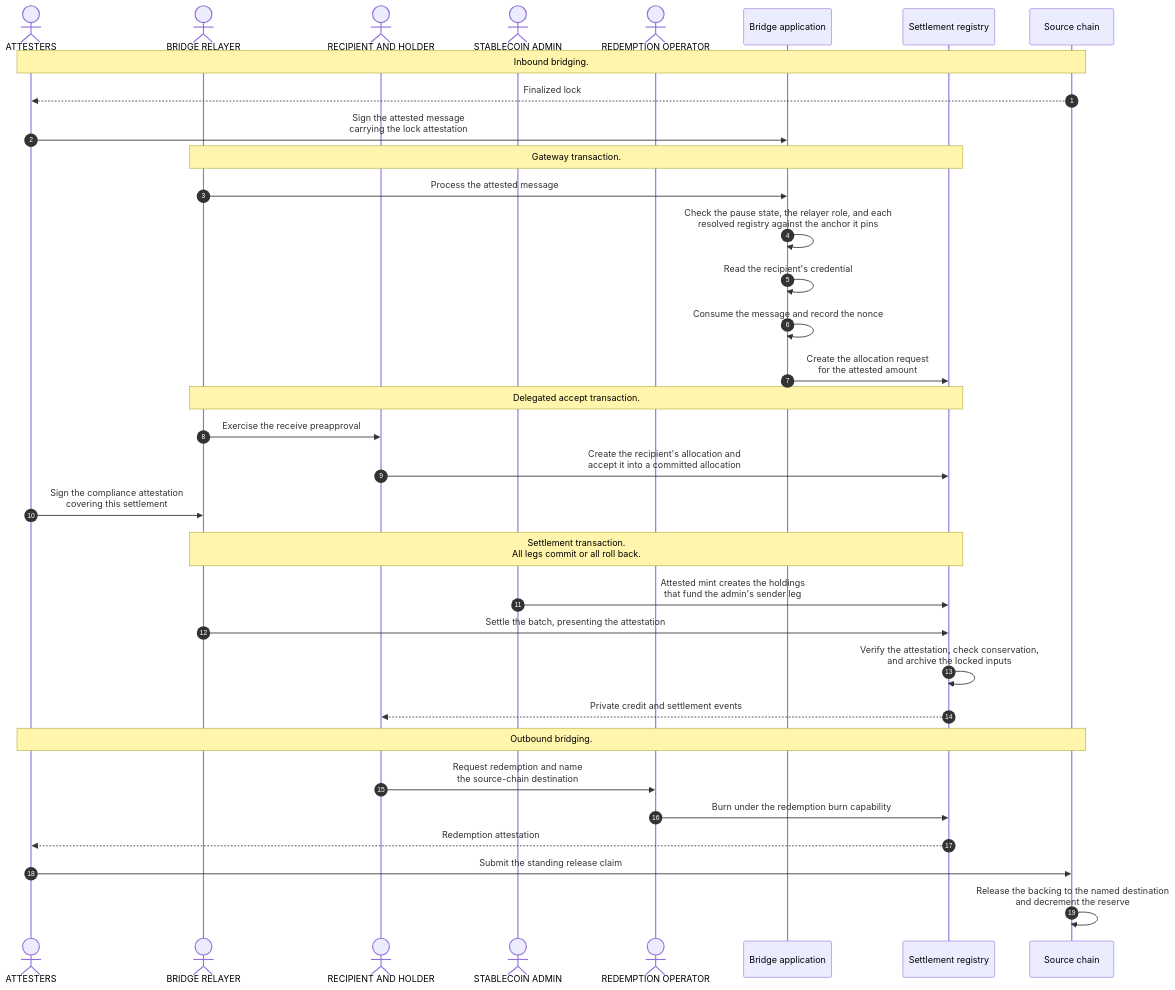
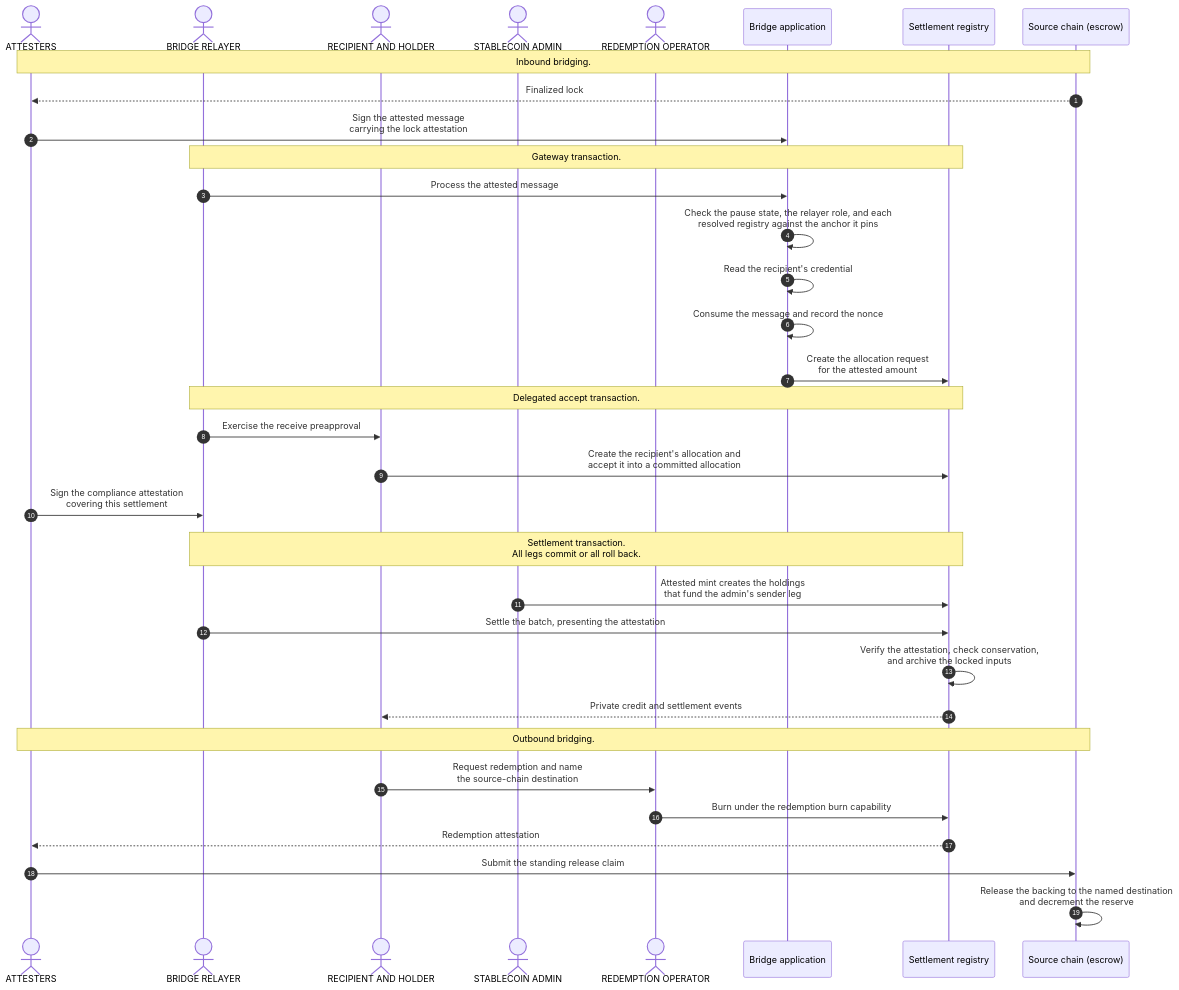
Before and after one commit to OpenZeppelin/canton-specs: the diagram in docs/reference-architectures/cross-chain-stablecoin.md, drawn with Mermaid. The commit also changed other lines of this file, not shown here.

````diff
--- a/docs/reference-architectures/cross-chain-stablecoin.md
+++ b/docs/reference-architectures/cross-chain-stablecoin.md
@@ -349,39 +102,39 @@
 ```mermaid
 sequenceDiagram
     autonumber
     actor Attesters as ATTESTERS
     actor Relayer as BRIDGE RELAYER
     actor Recipient as RECIPIENT AND HOLDER
     actor Admin as STABLECOIN ADMIN
     actor Operator as REDEMPTION OPERATOR
     participant App as Bridge application
     participant Registry as Settlement registry
-    participant Chain as Source chain
+    participant Chain as Source chain (escrow)
 
     Note over Attesters,Chain: Inbound bridging.
     Chain-->>Attesters: Finalized lock
     Attesters->>App: Sign the attested message<br/>carrying the lock attestation
     Note over Relayer,Registry: Gateway transaction.
     Relayer->>App: Process the attested message
     App->>App: Check the pause state, the relayer role, and each<br/>resolved registry against the anchor it pins
     App->>App: Read the recipient's credential
     App->>App: Consume the message and record the nonce
     App->>Registry: Create the allocation request<br/>for the attested amount
     Note over Relayer,Registry: Delegated accept transaction.
     Relayer->>Recipient: Exercise the receive preapproval
     Recipient->>Registry: Create the recipient's allocation and<br/>accept it into a committed allocation
     Attesters->>Relayer: Sign the compliance attestation<br/>covering this settlement
     rect rgba(255, 255, 255, .1)
         Note over Relayer,Registry: Settlement transaction.<br/>All legs commit or all roll back.
         Admin->>Registry: Attested mint creates the holdings<br/>that fund the admin's sender leg
         Relayer->>Registry: Settle the batch, presenting the attestation
         Registry->>Registry: Verify the attestation, check conservation,<br/>and archive the locked inputs
         Registry-->>Recipient: Private credit and settlement events
     end
     Note over Attesters,Chain: Outbound bridging.
     Recipient->>Operator: Request redemption and name<br/>the source-chain destination
     Operator->>Registry: Burn under the redemption burn capability
     Registry-->>Attesters: Redemption attestation
     Attesters->>Chain: Submit the standing release claim
     Chain->>Chain: Release the backing to the named destination<br/>and decrement the reserve
 ```
````
